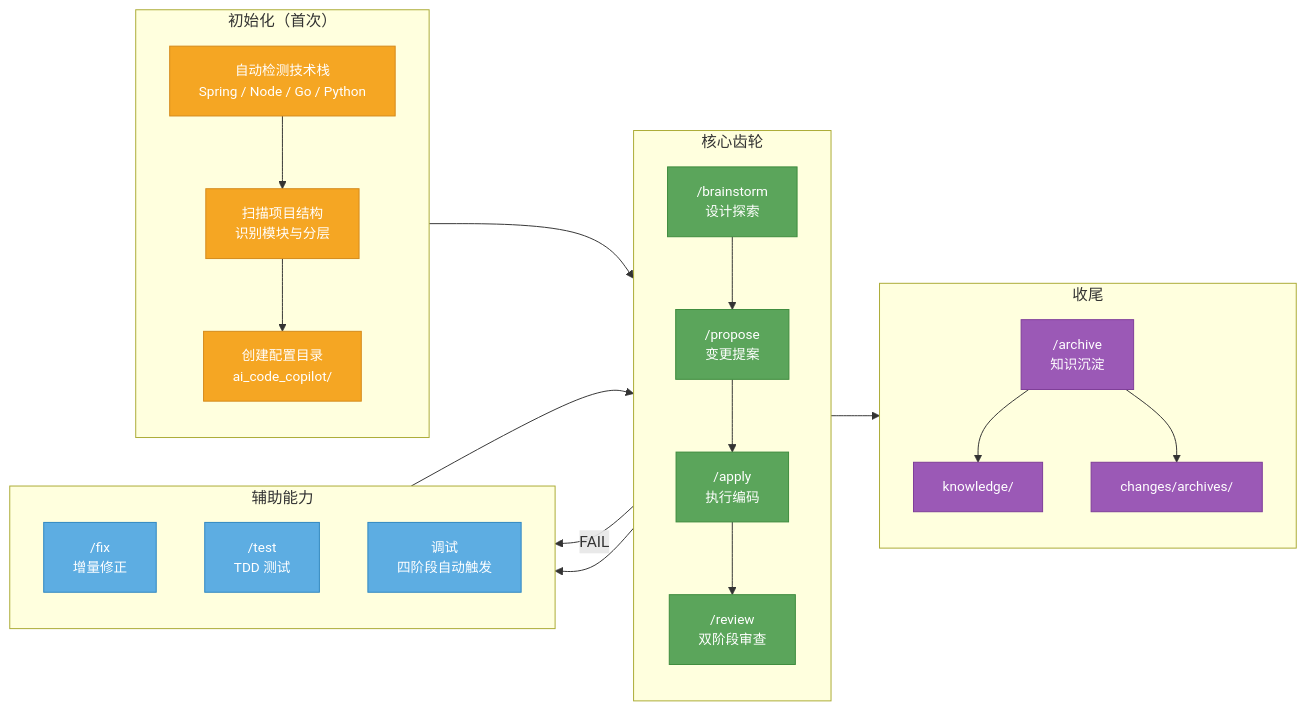
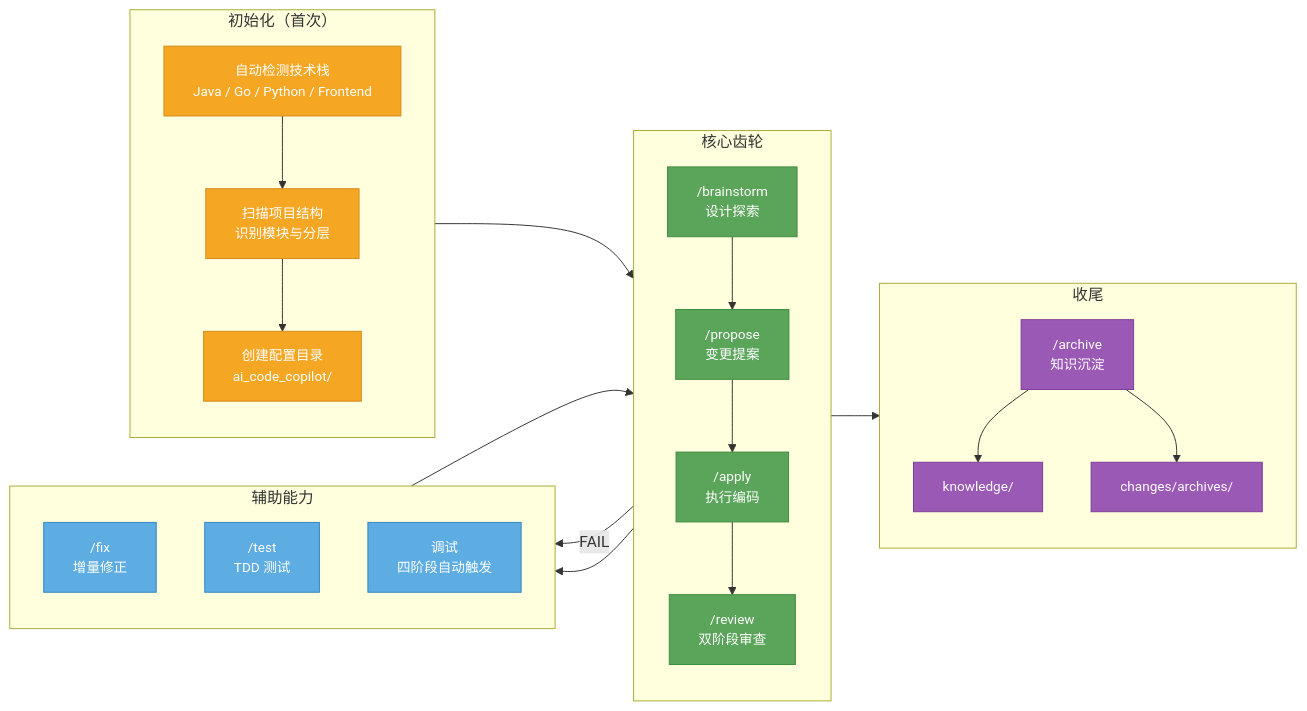
Before and after one commit to ting2tao/ai-code-copilot: the diagram in README.md, drawn with Mermaid. The commit also changed other lines of this file and 29 other files, not shown here.

````diff
--- a/README.md
+++ b/README.md
@@ -29,51 +42,51 @@
 ```mermaid
 flowchart LR
     subgraph Init ["  初始化（首次）"]
         direction TB
-        I1["自动检测技术栈<br/>Spring / Node / Go / Python"]
+        I1["自动检测技术栈<br/>Java / Go / Python / Frontend"]
         I2["扫描项目结构<br/>识别模块与分层"]
         I3["创建配置目录<br/>ai_code_copilot/"]
         I1 --> I2 --> I3
     end
 
     subgraph Gears ["  核心齿轮"]
         direction TB
         Brain["/brainstorm<br/>设计探索"]
         Spec["/propose<br/>变更提案"]
         Code["/apply<br/>执行编码"]
         Check["/review<br/>双阶段审查"]
         Brain --> Spec --> Code --> Check
     end
 
     subgraph Side ["  辅助能力"]
         direction TB
         Fix["/fix<br/>增量修正"]
         Test["/test<br/>TDD 测试"]
         Debug["调试<br/>四阶段自动触发"]
     end
 
     subgraph Final ["  收尾"]
         direction TB
         Archive["/archive<br/>知识沉淀"]
         Knowledge["knowledge/"]
         Archives["changes/archives/"]
         Archive --> Knowledge
         Archive --> Archives
     end
 
     Init --> Gears
     Check -->|"FAIL"| Fix
     Fix --> Check
     Gears --> Side
     Gears --> Final
 
     classDef gear fill:#5BA55B,stroke:#3D8B3D,color:#fff,font-size:14px
     classDef side fill:#5DADE2,stroke:#2E86C1,color:#fff,font-size:14px
     classDef final fill:#9B59B6,stroke:#7D3C98,color:#fff,font-size:14px
     classDef init fill:#F5A623,stroke:#D4891A,color:#fff,font-size:14px
 
     class Brain,Spec,Code,Check gear
     class Fix,Test,Debug side
     class Archive,Knowledge,Archives final
     class I1,I2,I3 init
 ```
````
